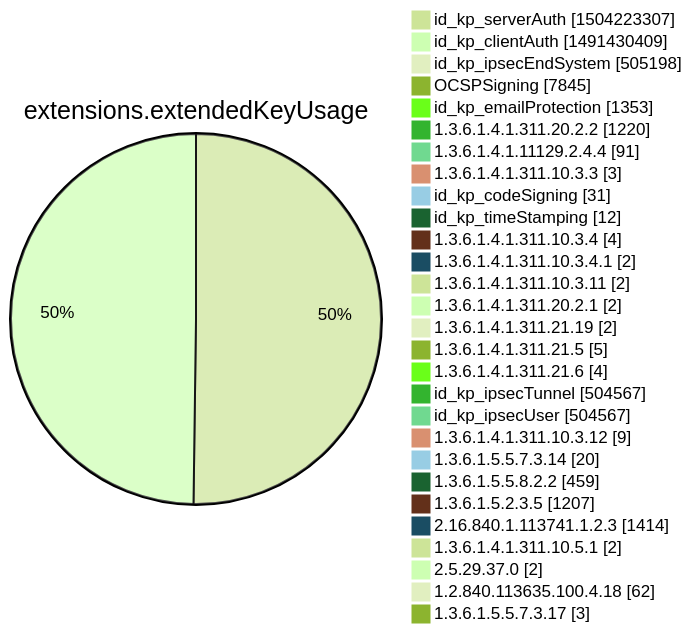
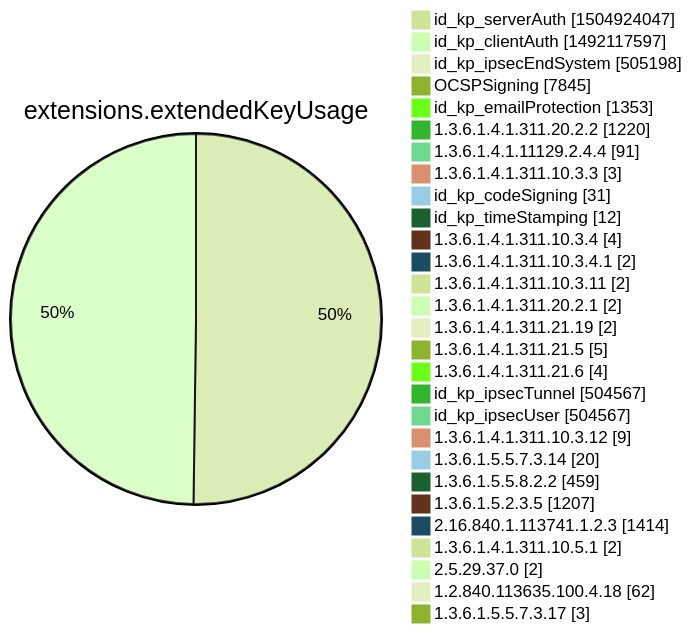
Diagram 12 of 15 in xenon2022/README.md (christiankrug/ctmonitor_visualization), drawn with Mermaid (forest theme) before and after one commit. The commit also changed other lines of this file, not shown here.

````diff
--- a/xenon2022/README.md
+++ b/xenon2022/README.md
@@ -3876,32 +3876,32 @@
 ```mermaid
 pie showData
 title extensions.extendedKeyUsage
-"id_kp_serverAuth" :1504223307
-"id_kp_clientAuth" :1491430409
+"id_kp_serverAuth" :1504924047
+"id_kp_clientAuth" :1492117597
 "id_kp_ipsecEndSystem" :505198
 "OCSPSigning" :7845
 "id_kp_emailProtection" :1353
 "1.3.6.1.4.1.311.20.2.2" :1220
 "1.3.6.1.4.1.11129.2.4.4" :91
 "1.3.6.1.4.1.311.10.3.3" :3
 "id_kp_codeSigning" :31
 "id_kp_timeStamping" :12
 "1.3.6.1.4.1.311.10.3.4" :4
 "1.3.6.1.4.1.311.10.3.4.1" :2
 "1.3.6.1.4.1.311.10.3.11" :2
 "1.3.6.1.4.1.311.20.2.1" :2
 "1.3.6.1.4.1.311.21.19" :2
 "1.3.6.1.4.1.311.21.5" :5
 "1.3.6.1.4.1.311.21.6" :4
 "id_kp_ipsecTunnel" :504567
 "id_kp_ipsecUser" :504567
 "1.3.6.1.4.1.311.10.3.12" :9
 "1.3.6.1.5.5.7.3.14" :20
 "1.3.6.1.5.5.8.2.2" :459
 "1.3.6.1.5.2.3.5" :1207
 "2.16.840.1.113741.1.2.3" :1414
 "1.3.6.1.4.1.311.10.5.1" :2
 "2.5.29.37.0" :2
 "1.2.840.113635.100.4.18" :62
 "1.3.6.1.5.5.7.3.17" :3
 ```
````
